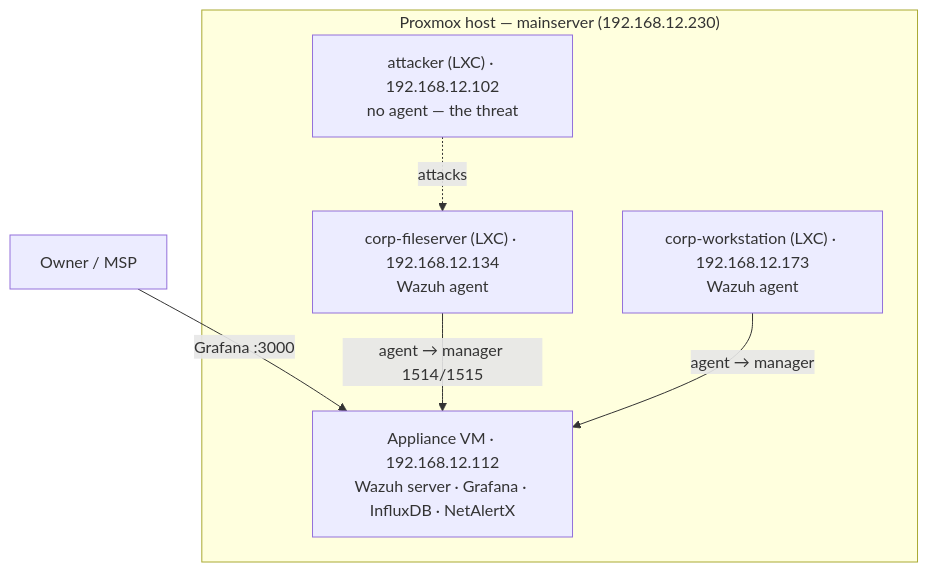
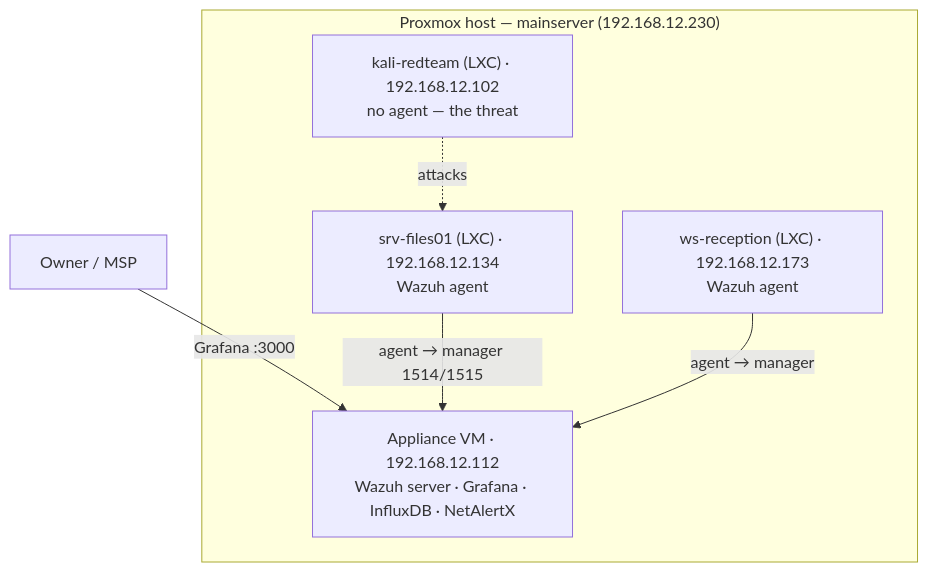
One commit to LoNSeMonSy/Main changed the diagram in docs/STAGING.md. Above: the diagram before and after it, drawn with Mermaid. The commit also changed other lines of this file and 3 other files, not shown here.

````diff
--- a/docs/STAGING.md
+++ b/docs/STAGING.md
@@ -10,13 +10,13 @@
 ```mermaid
 flowchart TB
     subgraph host["Proxmox host — mainserver (192.168.12.230)"]
       appliance["Appliance VM · 192.168.12.112<br/>Wazuh server · Grafana · InfluxDB · NetAlertX"]
-      fs["corp-fileserver (LXC) · 192.168.12.134<br/>Wazuh agent"]
-      ws["corp-workstation (LXC) · 192.168.12.173<br/>Wazuh agent"]
-      atk["attacker (LXC) · 192.168.12.102<br/>no agent — the threat"]
+      fs["srv-files01 (LXC) · 192.168.12.134<br/>Wazuh agent"]
+      ws["ws-reception (LXC) · 192.168.12.173<br/>Wazuh agent"]
+      atk["kali-redteam (LXC) · 192.168.12.102<br/>no agent — the threat"]
     end
     owner["Owner / MSP"] -->|"Grafana :3000"| appliance
     fs -->|"agent → manager 1514/1515"| appliance
     ws -->|"agent → manager"| appliance
     atk -.->|"attacks"| fs
 ```
````
